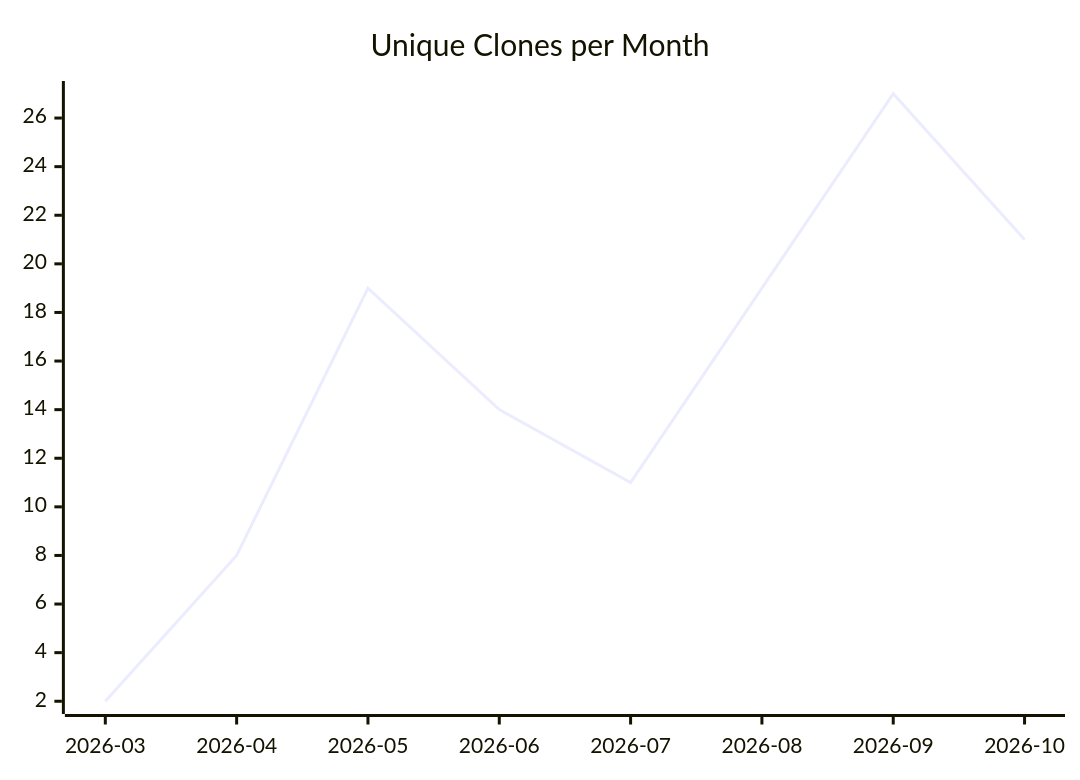
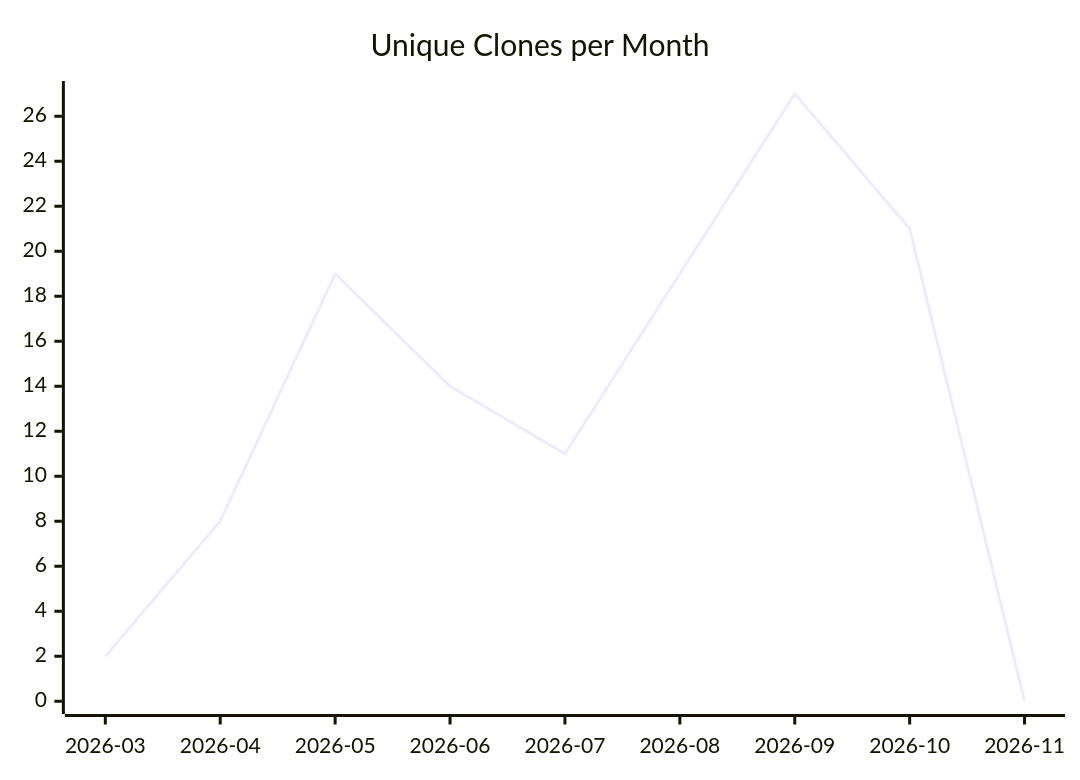
The third of 3 diagrams in karlmdavis/rps-tourney/README.md (justdavis-family/github-analytics-data), drawn with Mermaid before and after one commit. The commit also changed other lines of this file and 201 other files, not shown here.

````diff
--- a/karlmdavis/rps-tourney/README.md
+++ b/karlmdavis/rps-tourney/README.md
@@ -19,6 +19,6 @@
 ```mermaid
 xychart-beta
   title "Unique Clones per Month"
-  x-axis ["2026-03", "2026-04", "2026-05", "2026-06", "2026-07", "2026-08", "2026-09", "2026-10"]
-  line [2, 8, 19, 14, 11, 19, 27, 21]
+  x-axis ["2026-03", "2026-04", "2026-05", "2026-06", "2026-07", "2026-08", "2026-09", "2026-10", "2026-11"]
+  line [2, 8, 19, 14, 11, 19, 27, 21, 0]
 ```
````
